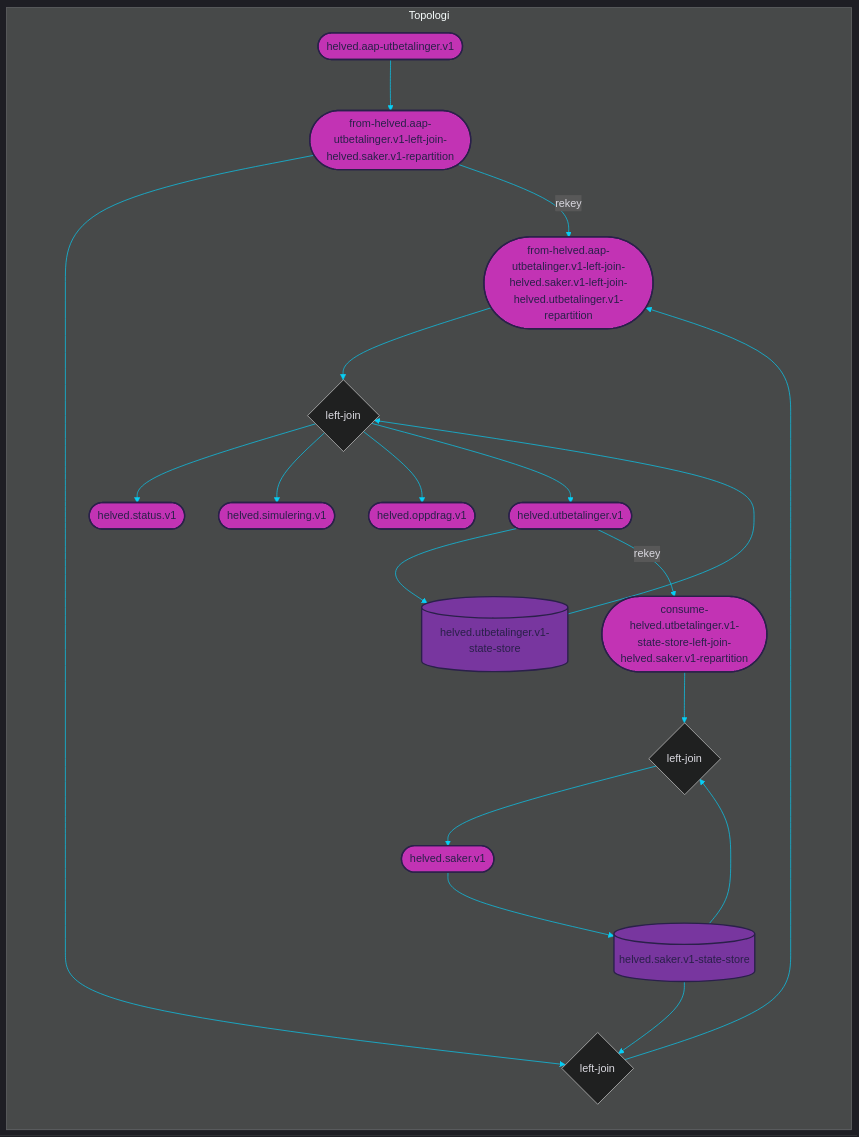
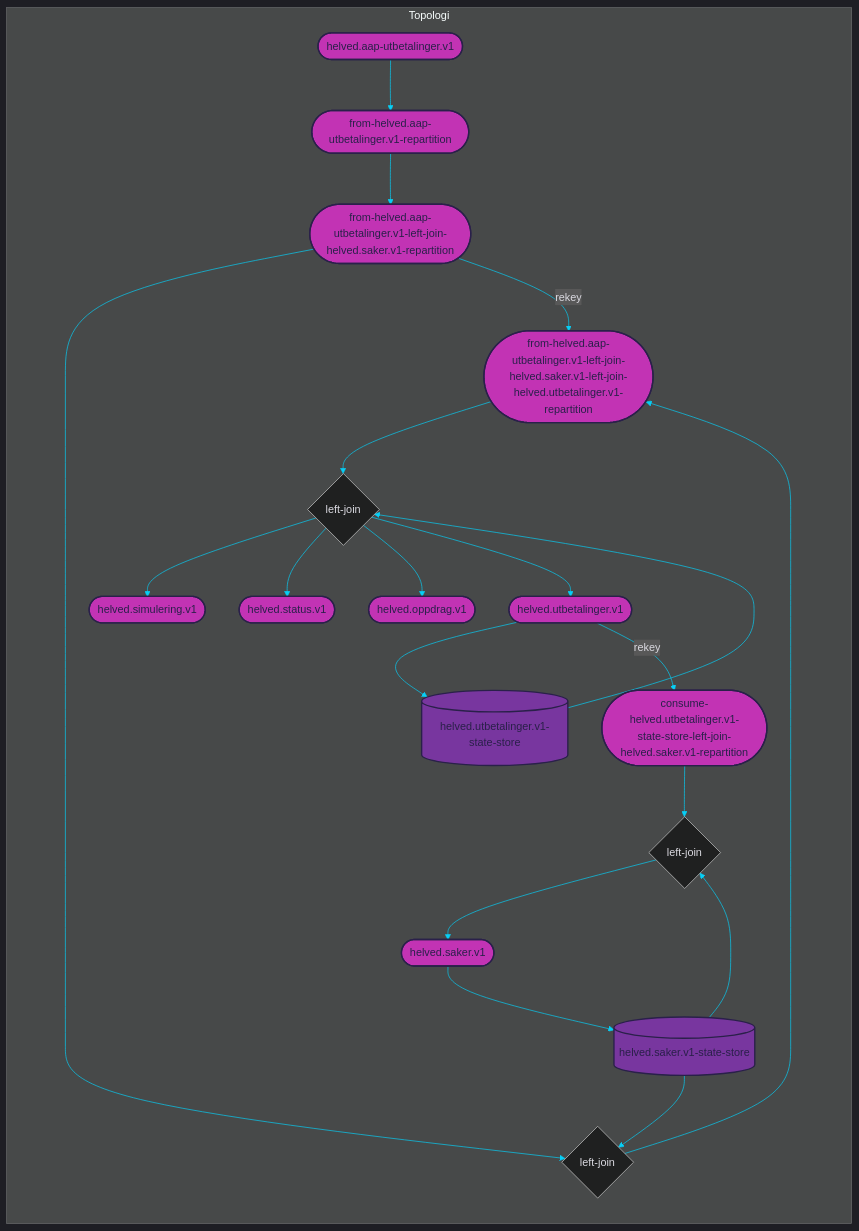
The diagram in dokumentasjon/topology.mmd (navikt/helved-utbetaling), drawn with Mermaid before and after one commit. The commit also changed 2 other files, not shown here.

```diff
--- a/dokumentasjon/topology.mmd
+++ b/dokumentasjon/topology.mmd
@@ -1,90 +1,93 @@
 
 %%{init: {'theme': 'dark', 'themeVariables': { 'primaryColor': '#07cff6', 'textColor': '#dad9e0', 'lineColor': '#07cff6'}}}%%
 
 graph LR
 
 subgraph Topologi
     %% TOPICS
     from-helved.aap-utbetalinger.v1-left-join-helved.saker.v1-left-join-helved.utbetalinger.v1-repartition([from-helved.aap-utbetalinger.v1-left-join-helved.saker.v1-left-join-helved.utbetalinger.v1-repartition])
 	helved.utbetalinger.v1([helved.utbetalinger.v1])
 	consume-helved.utbetalinger.v1-state-store-left-join-helved.saker.v1-repartition([consume-helved.utbetalinger.v1-state-store-left-join-helved.saker.v1-repartition])
 	helved.oppdrag.v1([helved.oppdrag.v1])
 	helved.simulering.v1([helved.simulering.v1])
 	helved.status.v1([helved.status.v1])
 	from-helved.aap-utbetalinger.v1-left-join-helved.saker.v1-repartition([from-helved.aap-utbetalinger.v1-left-join-helved.saker.v1-repartition])
 	helved.saker.v1([helved.saker.v1])
 	helved.aap-utbetalinger.v1([helved.aap-utbetalinger.v1])
+	from-helved.aap-utbetalinger.v1-repartition([from-helved.aap-utbetalinger.v1-repartition])
 
     %% JOINS
     from-helved.aap-utbetalinger.v1-left-join-helved.saker.v1-left-join-helved.utbetalinger.v1{left-join}
 	from-helved.aap-utbetalinger.v1-left-join-helved.saker.v1{left-join}
 	consume-helved.utbetalinger.v1-state-store-left-join-helved.saker.v1{left-join}
 
     %% STATE PROCESSORS
     
     
     %% STATE STORES
     helved.utbetalinger.v1-state-store[(helved.utbetalinger.v1-state-store)]
 	helved.saker.v1-state-store[(helved.saker.v1-state-store)]
     
     %% DATABASES
     
     
 
     %% PROCESSOR API JOBS
     
     
     %% JOIN STREAMS
     from-helved.aap-utbetalinger.v1-left-join-helved.saker.v1-left-join-helved.utbetalinger.v1-repartition --> from-helved.aap-utbetalinger.v1-left-join-helved.saker.v1-left-join-helved.utbetalinger.v1
 	helved.utbetalinger.v1-state-store --> from-helved.aap-utbetalinger.v1-left-join-helved.saker.v1-left-join-helved.utbetalinger.v1
+	from-helved.aap-utbetalinger.v1-left-join-helved.saker.v1-left-join-helved.utbetalinger.v1 --> helved.simulering.v1
 	from-helved.aap-utbetalinger.v1-left-join-helved.saker.v1-left-join-helved.utbetalinger.v1 --> helved.status.v1
-	from-helved.aap-utbetalinger.v1-left-join-helved.saker.v1-left-join-helved.utbetalinger.v1 --> helved.simulering.v1
 	from-helved.aap-utbetalinger.v1-left-join-helved.saker.v1-left-join-helved.utbetalinger.v1 --> helved.oppdrag.v1
 	from-helved.aap-utbetalinger.v1-left-join-helved.saker.v1-left-join-helved.utbetalinger.v1 --> helved.utbetalinger.v1
 	from-helved.aap-utbetalinger.v1-left-join-helved.saker.v1-repartition --> from-helved.aap-utbetalinger.v1-left-join-helved.saker.v1
 	helved.saker.v1-state-store --> from-helved.aap-utbetalinger.v1-left-join-helved.saker.v1
 	from-helved.aap-utbetalinger.v1-left-join-helved.saker.v1 --> from-helved.aap-utbetalinger.v1-left-join-helved.saker.v1-left-join-helved.utbetalinger.v1-repartition
 	consume-helved.utbetalinger.v1-state-store-left-join-helved.saker.v1-repartition --> consume-helved.utbetalinger.v1-state-store-left-join-helved.saker.v1
 	helved.saker.v1-state-store --> consume-helved.utbetalinger.v1-state-store-left-join-helved.saker.v1
 	consume-helved.utbetalinger.v1-state-store-left-join-helved.saker.v1 --> helved.saker.v1
 
     %% TABLE STREAMS
     helved.utbetalinger.v1 --> helved.utbetalinger.v1-state-store
 	helved.saker.v1 --> helved.saker.v1-state-store
 
     %% JOB STREAMS
     
     
     %% BRANCH STREAMS
     
 
     %% REPARTITION STREAMS
     helved.utbetalinger.v1 --> |rekey| consume-helved.utbetalinger.v1-state-store-left-join-helved.saker.v1-repartition
 	from-helved.aap-utbetalinger.v1-left-join-helved.saker.v1-repartition --> |rekey| from-helved.aap-utbetalinger.v1-left-join-helved.saker.v1-left-join-helved.utbetalinger.v1-repartition
     
     %% BASIC STREAMS
-    helved.aap-utbetalinger.v1 --> from-helved.aap-utbetalinger.v1-left-join-helved.saker.v1-repartition
+    helved.aap-utbetalinger.v1 --> from-helved.aap-utbetalinger.v1-repartition
+	from-helved.aap-utbetalinger.v1-repartition --> from-helved.aap-utbetalinger.v1-left-join-helved.saker.v1-repartition
     
     %% CUSTOM PROCESS STREAMS
     
 end
 
 %% COLORS
 %% light    #dad9e0
 %% purple   #78369f
 %% pink     #c233b4
 %% dark     #2a204a
 %% blue     #07cff6
 
 %% STYLES
 style from-helved.aap-utbetalinger.v1-left-join-helved.saker.v1-left-join-helved.utbetalinger.v1-repartition fill:#c233b4, stroke:#2a204a, stroke-width:2px, color:#2a204a
 style helved.utbetalinger.v1 fill:#c233b4, stroke:#2a204a, stroke-width:2px, color:#2a204a
 style consume-helved.utbetalinger.v1-state-store-left-join-helved.saker.v1-repartition fill:#c233b4, stroke:#2a204a, stroke-width:2px, color:#2a204a
 style helved.oppdrag.v1 fill:#c233b4, stroke:#2a204a, stroke-width:2px, color:#2a204a
 style helved.simulering.v1 fill:#c233b4, stroke:#2a204a, stroke-width:2px, color:#2a204a
 style helved.status.v1 fill:#c233b4, stroke:#2a204a, stroke-width:2px, color:#2a204a
 style from-helved.aap-utbetalinger.v1-left-join-helved.saker.v1-repartition fill:#c233b4, stroke:#2a204a, stroke-width:2px, color:#2a204a
 style helved.saker.v1 fill:#c233b4, stroke:#2a204a, stroke-width:2px, color:#2a204a
 style helved.aap-utbetalinger.v1 fill:#c233b4, stroke:#2a204a, stroke-width:2px, color:#2a204a
+style from-helved.aap-utbetalinger.v1-repartition fill:#c233b4, stroke:#2a204a, stroke-width:2px, color:#2a204a
 style helved.utbetalinger.v1-state-store fill:#78369f, stroke:#2a204a, stroke-width:2px, color:#2a204a
 style helved.saker.v1-state-store fill:#78369f, stroke:#2a204a, stroke-width:2px, color:#2a204a
```
